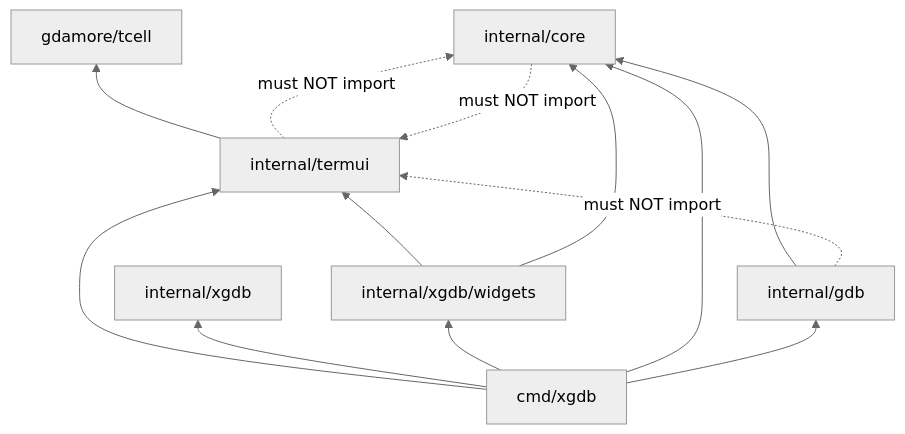
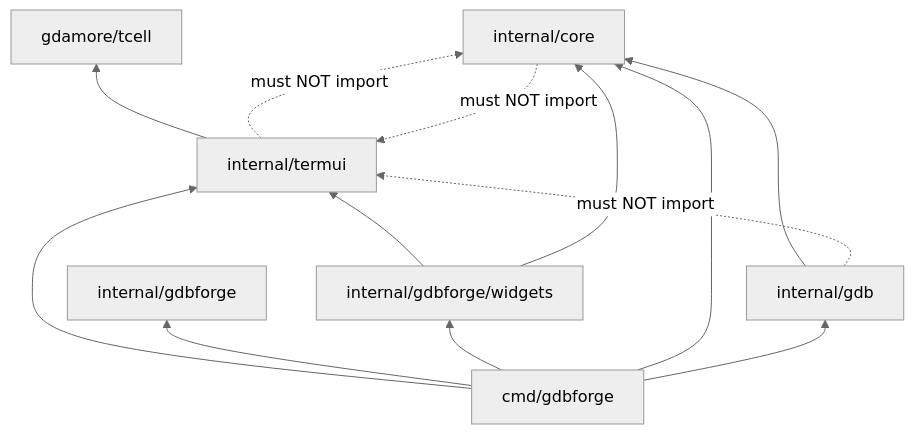
The second of 2 diagrams in docs/DIRECTORY_STRUCTURE.md (yairgd/gdbforge), drawn with Mermaid (neutral theme) before and after one commit. The commit also changed other lines of this file and 132 other files, not shown here.

First line of the commit message:
Rebrand xgdb to gdbforge and add dual-PTY program IO.

````diff
--- a/docs/DIRECTORY_STRUCTURE.md
+++ b/docs/DIRECTORY_STRUCTURE.md
@@ -259,25 +260,25 @@
 ```mermaid
 flowchart BT
     tcell["gdamore/tcell"]
     termui["internal/termui"]
-    xgdb_pkg["internal/xgdb"]
-    widgets["internal/xgdb/widgets"]
+    gdbforge_pkg["internal/gdbforge"]
+    widgets["internal/gdbforge/widgets"]
     core["internal/core"]
     gdb["internal/gdb"]
-    xgdb_cmd["cmd/xgdb"]
+    gdbforge_cmd["cmd/gdbforge"]
 
     termui --> tcell
     widgets --> termui
     widgets --> core
     gdb --> core
 
-    xgdb_cmd --> termui
-    xgdb_cmd --> xgdb_pkg
-    xgdb_cmd --> widgets
-    xgdb_cmd --> core
-    xgdb_cmd --> gdb
+    gdbforge_cmd --> termui
+    gdbforge_cmd --> gdbforge_pkg
+    gdbforge_cmd --> widgets
+    gdbforge_cmd --> core
+    gdbforge_cmd --> gdb
 
     gdb -.->|"must NOT import"| termui
     core -.->|"must NOT import"| termui
     termui -.->|"must NOT import"| core
 ```
````
